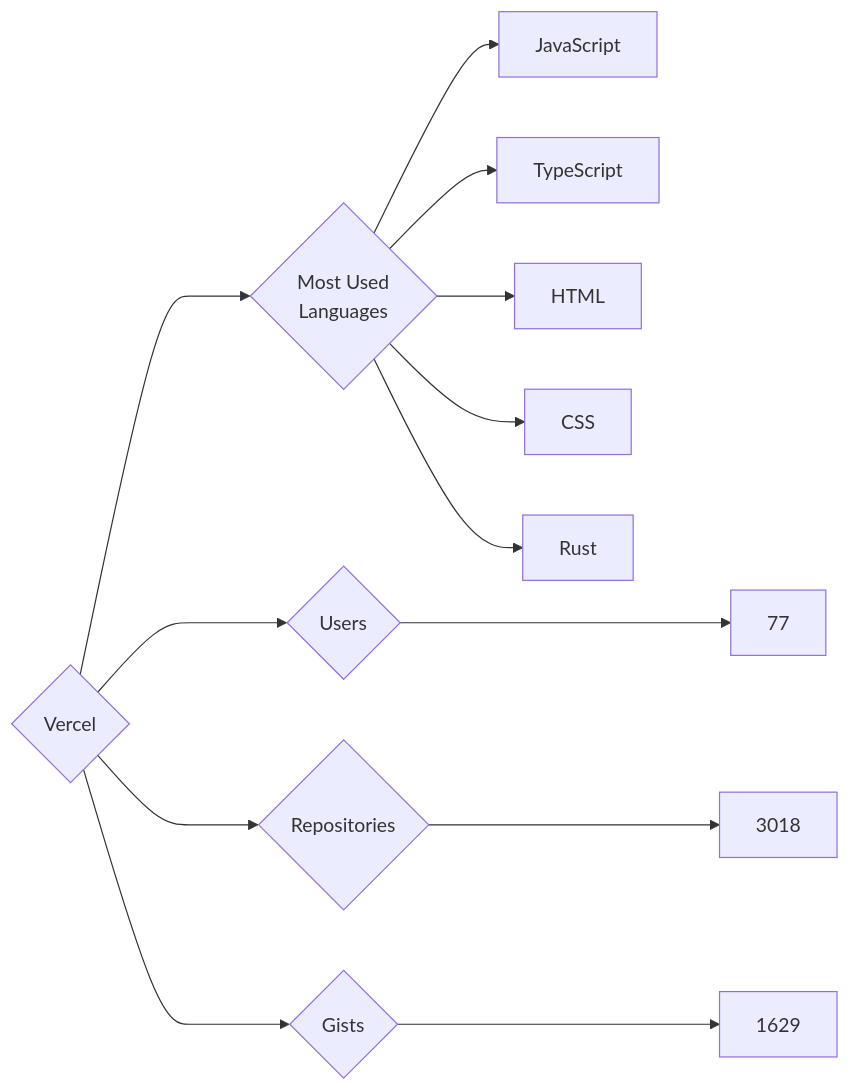
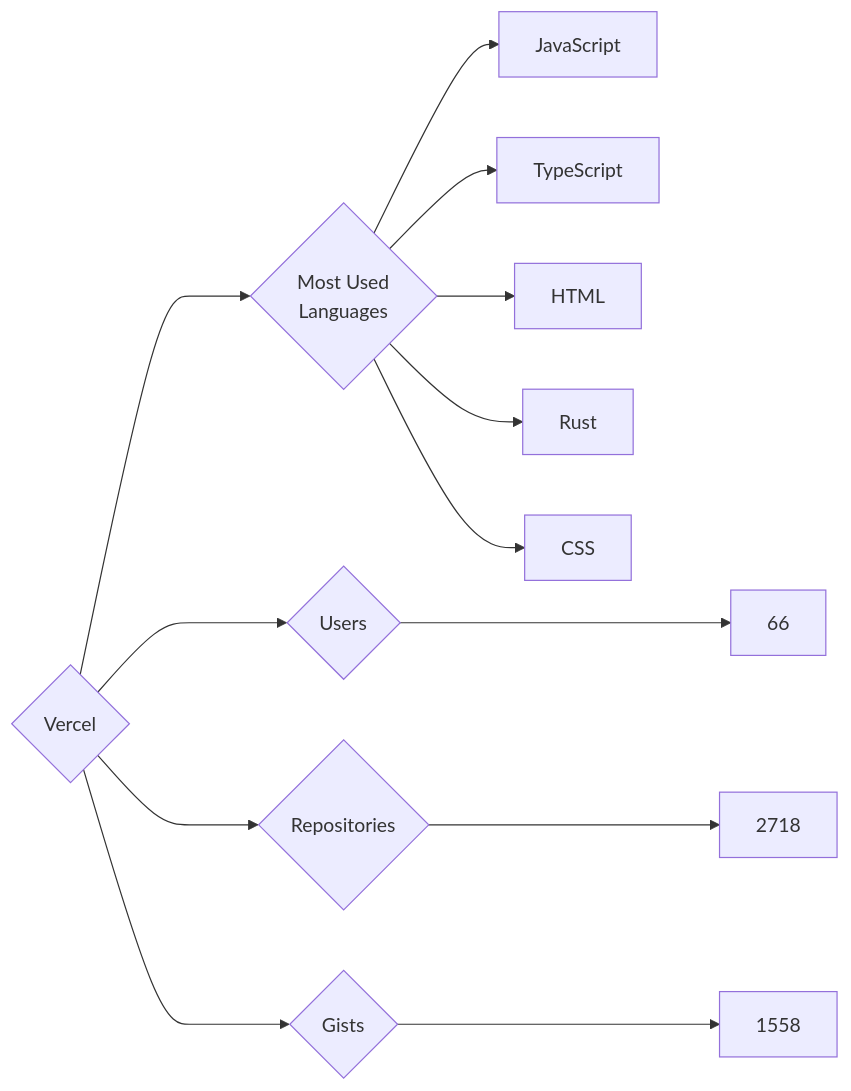
The diagram in targets/Vercel/README.md (trickest/insiders), drawn with Mermaid before and after one commit. The commit also changed 878 other files, not shown here.

````diff
--- a/targets/Vercel/README.md
+++ b/targets/Vercel/README.md
@@ -3,13 +3,13 @@
 ```mermaid
 graph LR
 COMPANY_NAME{Vercel}
-COMPANY_NAME ---> U{Users} ---> UN[77]
-COMPANY_NAME ---> R{Repositories} ---> RN[3018]
-COMPANY_NAME ---> G{Gists} ---> GN[1629]
+COMPANY_NAME ---> U{Users} ---> UN[66]
+COMPANY_NAME ---> R{Repositories} ---> RN[2718]
+COMPANY_NAME ---> G{Gists} ---> GN[1558]
 COMPANY_NAME ---> ML{Most Used<br>Languages}
 ML --> JavaScript[JavaScript]
 ML --> TypeScript[TypeScript]
 ML --> HTML[HTML]
+ML --> Rust[Rust]
 ML --> CSS[CSS]
-ML --> Rust[Rust]
 ```
````
